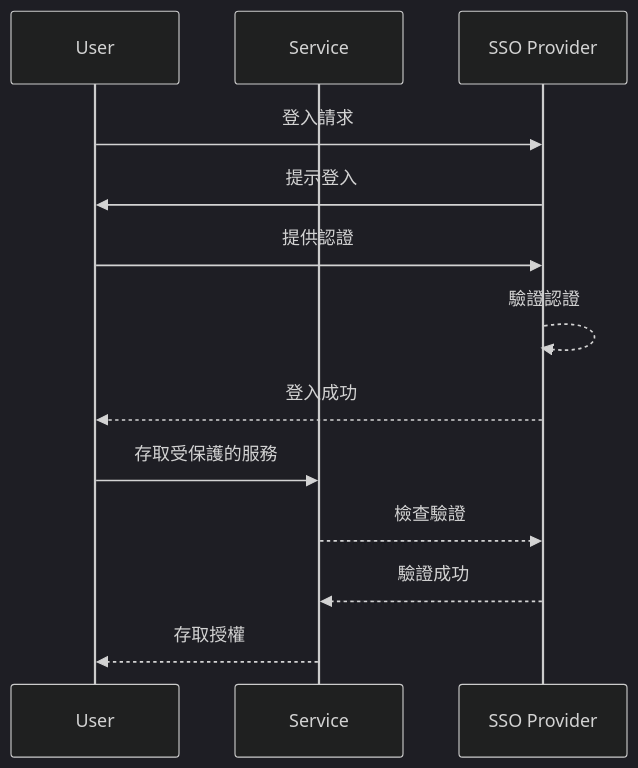
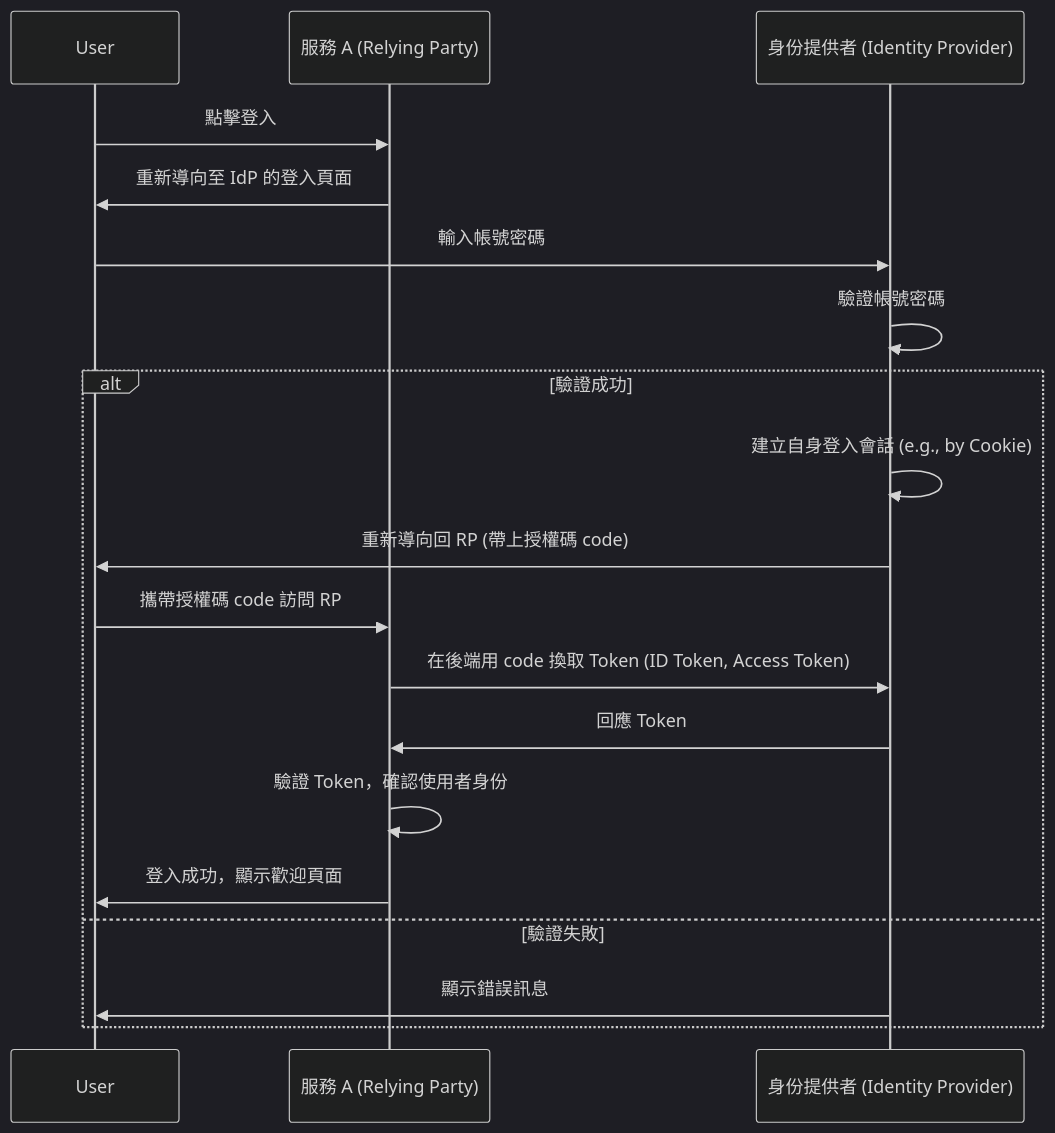
The second of 4 diagrams in docs/sso/ssoOverView.md (LonelyYeezhiChicken/chicken-personal), drawn with Mermaid (dark theme) before and after one commit. The commit also changed other lines of this file and 3 other files, not shown here.

````diff
--- a/docs/sso/ssoOverView.md
+++ b/docs/sso/ssoOverView.md
@@ -142,16 +98,22 @@
 ```mermaid
 sequenceDiagram
     participant User
-    participant Service
-    participant SSO Provider
+    participant RP as 服務 A (Relying Party)
+    participant IdP as 身份提供者 (Identity Provider)
 
-    User ->> SSO Provider: 登入請求
-    SSO Provider ->> User: 提示登入
-    User ->> SSO Provider: 提供認證
-    SSO Provider -->> SSO Provider: 驗證認證
-    SSO Provider -->> User: 登入成功
-    User ->> Service: 存取受保護的服務
-    Service -->> SSO Provider: 檢查驗證
-    SSO Provider -->> Service: 驗證成功
-    Service -->> User: 存取授權
+    User->>RP: 點擊登入
+    RP->>User: 重新導向至 IdP 的登入頁面
+    User->>IdP: 輸入帳號密碼
+    IdP->>IdP: 驗證帳號密碼
+    alt 驗證成功
+        IdP->>IdP: 建立自身登入會話 (e.g., by Cookie)
+        IdP->>User: 重新導向回 RP (帶上授權碼 code)
+        User->>RP: 攜帶授權碼 code 訪問 RP
+        RP->>IdP: 在後端用 code 換取 Token (ID Token, Access Token)
+        IdP->>RP: 回應 Token
+        RP->>RP: 驗證 Token，確認使用者身份
+        RP->>User: 登入成功，顯示歡迎頁面
+    else 驗證失敗
+        IdP->>User: 顯示錯誤訊息
+    end
 ```
````
